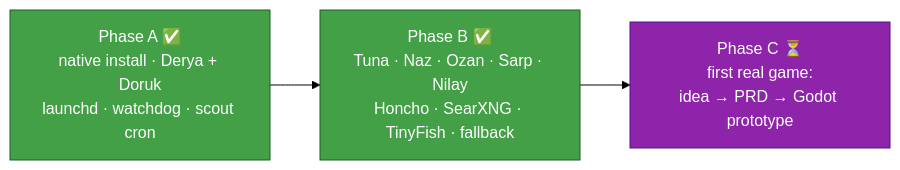
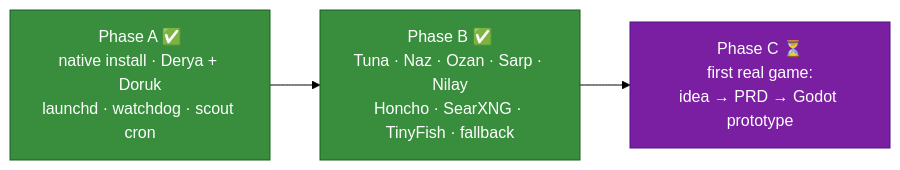
The fourth of 5 diagrams in README.md (mpolatcan/hermes-setup), drawn with Mermaid (forest theme) before and after one commit. The commit also changed other lines of this file and 9 other files, not shown here.

First line of the commit message:
docs: unify mermaid palette to Material Design (legible contrast)

````diff
--- a/README.md
+++ b/README.md
@@ -193,8 +193,8 @@
 ```mermaid
 flowchart LR
     A["Phase A ✅<br/>native install · Derya + Doruk<br/>launchd · watchdog · scout cron"]:::done
       --> B["Phase B ✅<br/>Tuna · Naz · Ozan · Sarp · Nilay<br/>Honcho · SearXNG · TinyFish · fallback"]:::done
       --> C["Phase C ⏳<br/>first real game:<br/>idea → PRD → Godot prototype"]:::next
-    classDef done fill:#43A047,stroke:#1B5E20,color:#fff
-    classDef next fill:#8E24AA,stroke:#4A148C,color:#fff
+    classDef done fill:#388E3C,stroke:#1B5E20,color:#fff
+    classDef next fill:#7B1FA2,stroke:#4A148C,color:#fff
 ```
````
